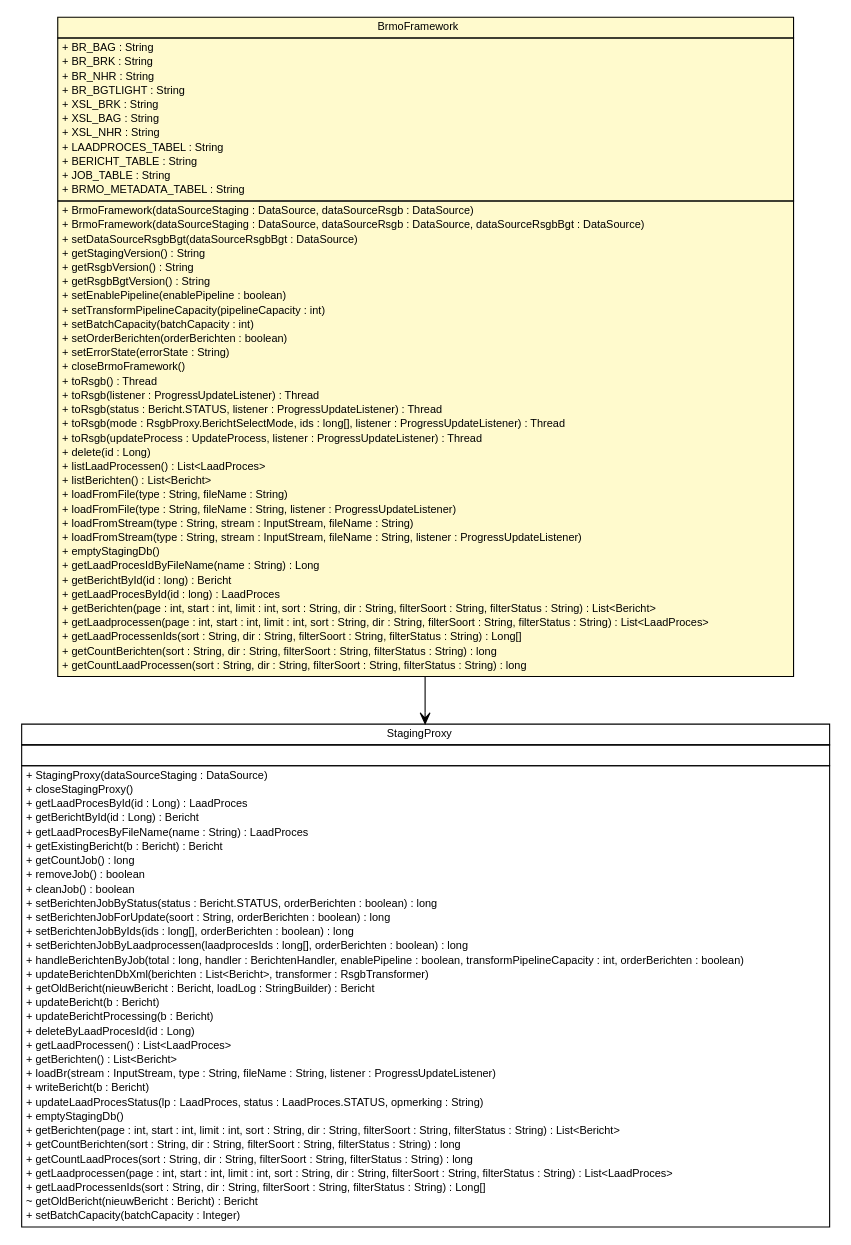
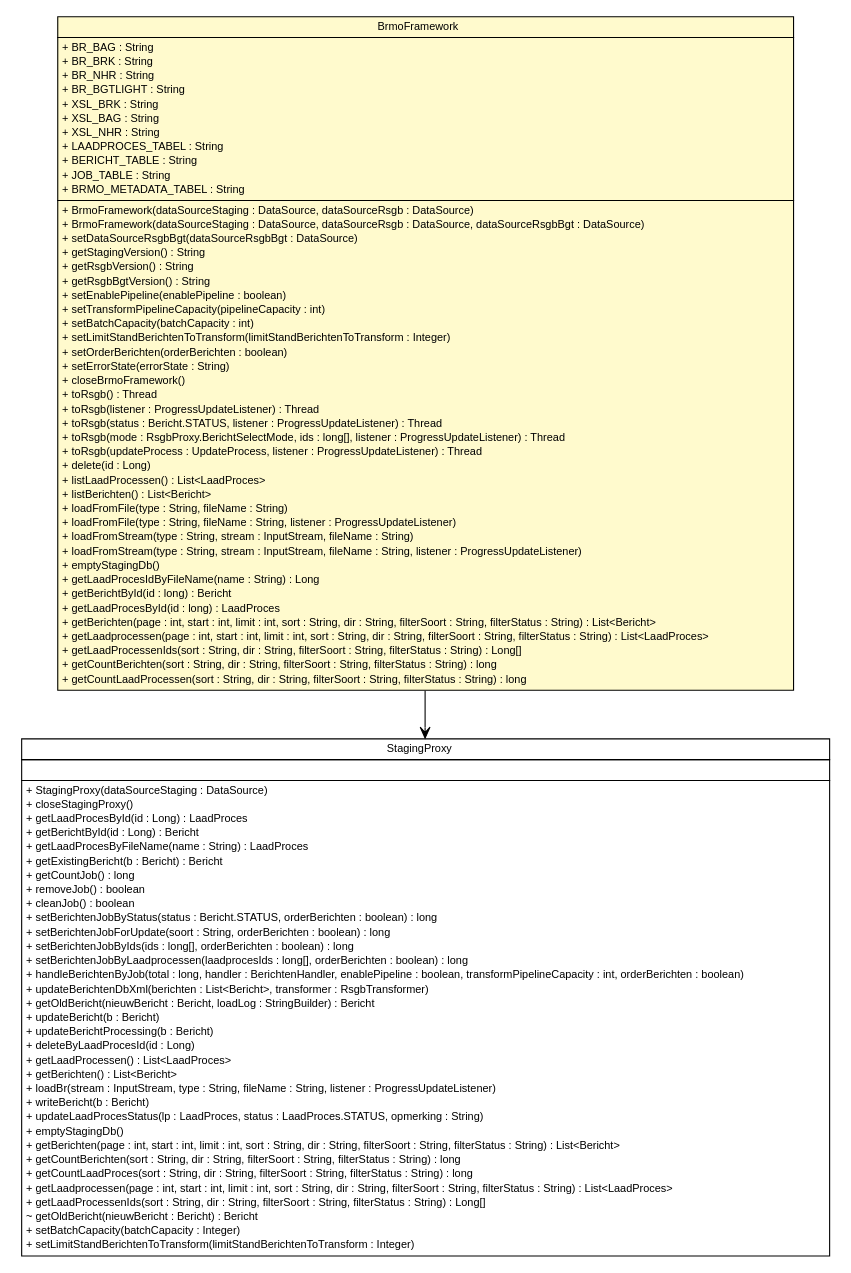
Before and after one commit to B3Partners/brmo: the diagram in brmo-loader/apidocs/nl/b3p/brmo/loader/BrmoFramework.dot, drawn with Graphviz. The commit also changed 374 other files, not shown here.

```diff
--- a/brmo-loader/apidocs/nl/b3p/brmo/loader/BrmoFramework.dot
+++ b/brmo-loader/apidocs/nl/b3p/brmo/loader/BrmoFramework.dot
@@ -1,111 +1,113 @@
 #!/usr/local/bin/dot
 #
 # Class diagram 
 # Generated by UMLGraph version R5_6-24-gf6e263 (http://www.umlgraph.org/)
 #
 
 digraph G {
 	edge [fontname="Helvetica",fontsize=10,labelfontname="Helvetica",labelfontsize=10];
 	node [fontname="Helvetica",fontsize=10,shape=plaintext];
 	nodesep=0.25;
 	ranksep=0.5;
 	// nl.b3p.brmo.loader.StagingProxy
 	c1344 [label=<<table title="nl.b3p.brmo.loader.StagingProxy" border="0" cellborder="1" cellspacing="0" cellpadding="2" port="p" href="./StagingProxy.html">
 		<tr><td><table border="0" cellspacing="0" cellpadding="1">
 <tr><td align="center" balign="center"> StagingProxy </td></tr>
 		</table></td></tr>
 		<tr><td><table border="0" cellspacing="0" cellpadding="1">
 <tr><td align="left" balign="left">  </td></tr>
 		</table></td></tr>
 		<tr><td><table border="0" cellspacing="0" cellpadding="1">
 <tr><td align="left" balign="left"> + StagingProxy(dataSourceStaging : DataSource) </td></tr>
 <tr><td align="left" balign="left"> + closeStagingProxy() </td></tr>
 <tr><td align="left" balign="left"> + getLaadProcesById(id : Long) : LaadProces </td></tr>
 <tr><td align="left" balign="left"> + getBerichtById(id : Long) : Bericht </td></tr>
 <tr><td align="left" balign="left"> + getLaadProcesByFileName(name : String) : LaadProces </td></tr>
 <tr><td align="left" balign="left"> + getExistingBericht(b : Bericht) : Bericht </td></tr>
 <tr><td align="left" balign="left"> + getCountJob() : long </td></tr>
 <tr><td align="left" balign="left"> + removeJob() : boolean </td></tr>
 <tr><td align="left" balign="left"> + cleanJob() : boolean </td></tr>
 <tr><td align="left" balign="left"> + setBerichtenJobByStatus(status : Bericht.STATUS, orderBerichten : boolean) : long </td></tr>
 <tr><td align="left" balign="left"> + setBerichtenJobForUpdate(soort : String, orderBerichten : boolean) : long </td></tr>
 <tr><td align="left" balign="left"> + setBerichtenJobByIds(ids : long[], orderBerichten : boolean) : long </td></tr>
 <tr><td align="left" balign="left"> + setBerichtenJobByLaadprocessen(laadprocesIds : long[], orderBerichten : boolean) : long </td></tr>
 <tr><td align="left" balign="left"> + handleBerichtenByJob(total : long, handler : BerichtenHandler, enablePipeline : boolean, transformPipelineCapacity : int, orderBerichten : boolean) </td></tr>
 <tr><td align="left" balign="left"> + updateBerichtenDbXml(berichten : List&lt;Bericht&gt;, transformer : RsgbTransformer) </td></tr>
 <tr><td align="left" balign="left"> + getOldBericht(nieuwBericht : Bericht, loadLog : StringBuilder) : Bericht </td></tr>
 <tr><td align="left" balign="left"> + updateBericht(b : Bericht) </td></tr>
 <tr><td align="left" balign="left"> + updateBerichtProcessing(b : Bericht) </td></tr>
 <tr><td align="left" balign="left"> + deleteByLaadProcesId(id : Long) </td></tr>
 <tr><td align="left" balign="left"> + getLaadProcessen() : List&lt;LaadProces&gt; </td></tr>
 <tr><td align="left" balign="left"> + getBerichten() : List&lt;Bericht&gt; </td></tr>
 <tr><td align="left" balign="left"> + loadBr(stream : InputStream, type : String, fileName : String, listener : ProgressUpdateListener) </td></tr>
 <tr><td align="left" balign="left"> + writeBericht(b : Bericht) </td></tr>
 <tr><td align="left" balign="left"> + updateLaadProcesStatus(lp : LaadProces, status : LaadProces.STATUS, opmerking : String) </td></tr>
 <tr><td align="left" balign="left"> + emptyStagingDb() </td></tr>
 <tr><td align="left" balign="left"> + getBerichten(page : int, start : int, limit : int, sort : String, dir : String, filterSoort : String, filterStatus : String) : List&lt;Bericht&gt; </td></tr>
 <tr><td align="left" balign="left"> + getCountBerichten(sort : String, dir : String, filterSoort : String, filterStatus : String) : long </td></tr>
 <tr><td align="left" balign="left"> + getCountLaadProces(sort : String, dir : String, filterSoort : String, filterStatus : String) : long </td></tr>
 <tr><td align="left" balign="left"> + getLaadprocessen(page : int, start : int, limit : int, sort : String, dir : String, filterSoort : String, filterStatus : String) : List&lt;LaadProces&gt; </td></tr>
 <tr><td align="left" balign="left"> + getLaadProcessenIds(sort : String, dir : String, filterSoort : String, filterStatus : String) : Long[] </td></tr>
 <tr><td align="left" balign="left"> ~ getOldBericht(nieuwBericht : Bericht) : Bericht </td></tr>
 <tr><td align="left" balign="left"> + setBatchCapacity(batchCapacity : Integer) </td></tr>
+<tr><td align="left" balign="left"> + setLimitStandBerichtenToTransform(limitStandBerichtenToTransform : Integer) </td></tr>
 		</table></td></tr>
 		</table>>, URL="./StagingProxy.html", fontname="Helvetica", fontcolor="black", fontsize=10.0];
 	// nl.b3p.brmo.loader.BrmoFramework
 	c1345 [label=<<table title="nl.b3p.brmo.loader.BrmoFramework" border="0" cellborder="1" cellspacing="0" cellpadding="2" port="p" bgcolor="lemonChiffon" href="./BrmoFramework.html">
 		<tr><td><table border="0" cellspacing="0" cellpadding="1">
 <tr><td align="center" balign="center"> BrmoFramework </td></tr>
 		</table></td></tr>
 		<tr><td><table border="0" cellspacing="0" cellpadding="1">
 <tr><td align="left" balign="left"> + BR_BAG : String </td></tr>
 <tr><td align="left" balign="left"> + BR_BRK : String </td></tr>
 <tr><td align="left" balign="left"> + BR_NHR : String </td></tr>
 <tr><td align="left" balign="left"> + BR_BGTLIGHT : String </td></tr>
 <tr><td align="left" balign="left"> + XSL_BRK : String </td></tr>
 <tr><td align="left" balign="left"> + XSL_BAG : String </td></tr>
 <tr><td align="left" balign="left"> + XSL_NHR : String </td></tr>
 <tr><td align="left" balign="left"> + LAADPROCES_TABEL : String </td></tr>
 <tr><td align="left" balign="left"> + BERICHT_TABLE : String </td></tr>
 <tr><td align="left" balign="left"> + JOB_TABLE : String </td></tr>
 <tr><td align="left" balign="left"> + BRMO_METADATA_TABEL : String </td></tr>
 		</table></td></tr>
 		<tr><td><table border="0" cellspacing="0" cellpadding="1">
 <tr><td align="left" balign="left"> + BrmoFramework(dataSourceStaging : DataSource, dataSourceRsgb : DataSource) </td></tr>
 <tr><td align="left" balign="left"> + BrmoFramework(dataSourceStaging : DataSource, dataSourceRsgb : DataSource, dataSourceRsgbBgt : DataSource) </td></tr>
 <tr><td align="left" balign="left"> + setDataSourceRsgbBgt(dataSourceRsgbBgt : DataSource) </td></tr>
 <tr><td align="left" balign="left"> + getStagingVersion() : String </td></tr>
 <tr><td align="left" balign="left"> + getRsgbVersion() : String </td></tr>
 <tr><td align="left" balign="left"> + getRsgbBgtVersion() : String </td></tr>
 <tr><td align="left" balign="left"> + setEnablePipeline(enablePipeline : boolean) </td></tr>
 <tr><td align="left" balign="left"> + setTransformPipelineCapacity(pipelineCapacity : int) </td></tr>
 <tr><td align="left" balign="left"> + setBatchCapacity(batchCapacity : int) </td></tr>
+<tr><td align="left" balign="left"> + setLimitStandBerichtenToTransform(limitStandBerichtenToTransform : Integer) </td></tr>
 <tr><td align="left" balign="left"> + setOrderBerichten(orderBerichten : boolean) </td></tr>
 <tr><td align="left" balign="left"> + setErrorState(errorState : String) </td></tr>
 <tr><td align="left" balign="left"> + closeBrmoFramework() </td></tr>
 <tr><td align="left" balign="left"> + toRsgb() : Thread </td></tr>
 <tr><td align="left" balign="left"> + toRsgb(listener : ProgressUpdateListener) : Thread </td></tr>
 <tr><td align="left" balign="left"> + toRsgb(status : Bericht.STATUS, listener : ProgressUpdateListener) : Thread </td></tr>
 <tr><td align="left" balign="left"> + toRsgb(mode : RsgbProxy.BerichtSelectMode, ids : long[], listener : ProgressUpdateListener) : Thread </td></tr>
 <tr><td align="left" balign="left"> + toRsgb(updateProcess : UpdateProcess, listener : ProgressUpdateListener) : Thread </td></tr>
 <tr><td align="left" balign="left"> + delete(id : Long) </td></tr>
 <tr><td align="left" balign="left"> + listLaadProcessen() : List&lt;LaadProces&gt; </td></tr>
 <tr><td align="left" balign="left"> + listBerichten() : List&lt;Bericht&gt; </td></tr>
 <tr><td align="left" balign="left"> + loadFromFile(type : String, fileName : String) </td></tr>
 <tr><td align="left" balign="left"> + loadFromFile(type : String, fileName : String, listener : ProgressUpdateListener) </td></tr>
 <tr><td align="left" balign="left"> + loadFromStream(type : String, stream : InputStream, fileName : String) </td></tr>
 <tr><td align="left" balign="left"> + loadFromStream(type : String, stream : InputStream, fileName : String, listener : ProgressUpdateListener) </td></tr>
 <tr><td align="left" balign="left"> + emptyStagingDb() </td></tr>
 <tr><td align="left" balign="left"> + getLaadProcesIdByFileName(name : String) : Long </td></tr>
 <tr><td align="left" balign="left"> + getBerichtById(id : long) : Bericht </td></tr>
 <tr><td align="left" balign="left"> + getLaadProcesById(id : long) : LaadProces </td></tr>
 <tr><td align="left" balign="left"> + getBerichten(page : int, start : int, limit : int, sort : String, dir : String, filterSoort : String, filterStatus : String) : List&lt;Bericht&gt; </td></tr>
 <tr><td align="left" balign="left"> + getLaadprocessen(page : int, start : int, limit : int, sort : String, dir : String, filterSoort : String, filterStatus : String) : List&lt;LaadProces&gt; </td></tr>
 <tr><td align="left" balign="left"> + getLaadProcessenIds(sort : String, dir : String, filterSoort : String, filterStatus : String) : Long[] </td></tr>
 <tr><td align="left" balign="left"> + getCountBerichten(sort : String, dir : String, filterSoort : String, filterStatus : String) : long </td></tr>
 <tr><td align="left" balign="left"> + getCountLaadProcessen(sort : String, dir : String, filterSoort : String, filterStatus : String) : long </td></tr>
 		</table></td></tr>
 		</table>>, URL="./BrmoFramework.html", fontname="Helvetica", fontcolor="black", fontsize=10.0];
 	// nl.b3p.brmo.loader.BrmoFramework NAVASSOC nl.b3p.brmo.loader.StagingProxy
 	c1345:p -> c1344:p [taillabel="", label="", headlabel="", fontname="Helvetica", fontcolor="black", fontsize=10.0, color="black", arrowhead=open];
 }
```
